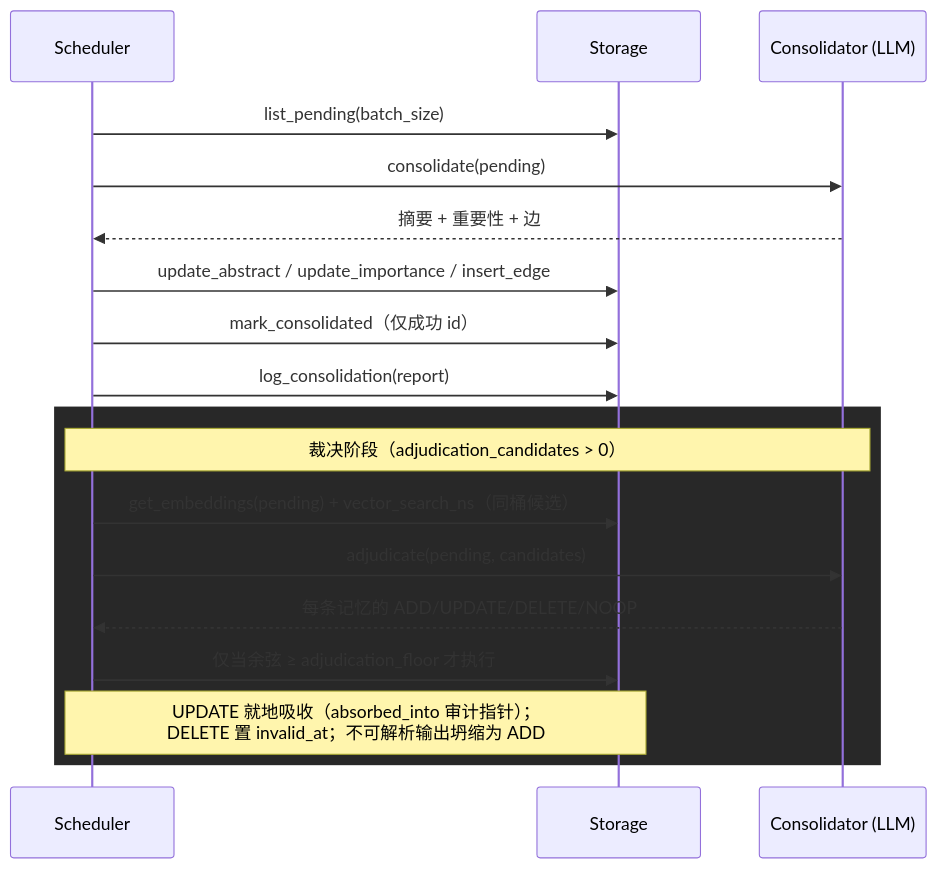
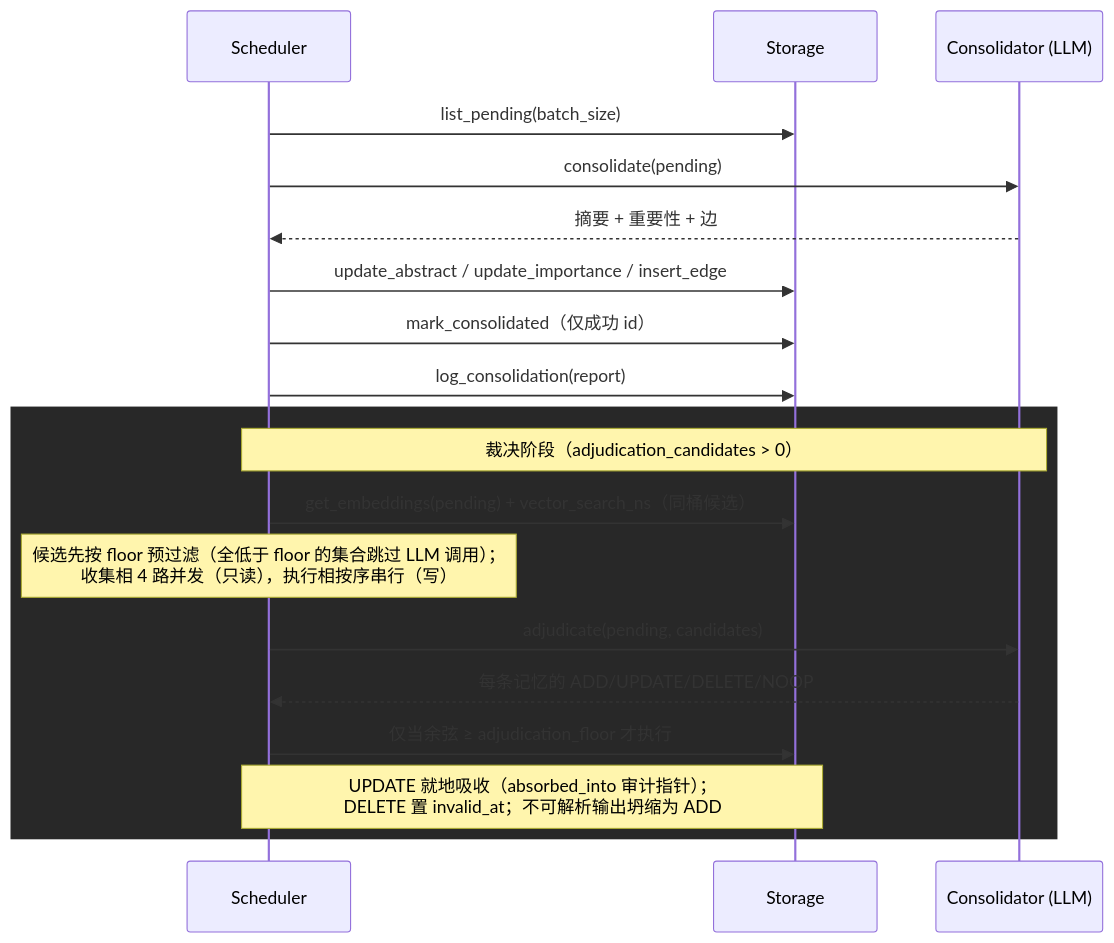
Before and after one commit to TtTRz/MerkurDB: the fourth of 4 diagrams in docs/ARCHITECTURE_CN.md, drawn with Mermaid. The commit also changed other lines of this file and 5 other files, not shown here.

First line of the commit message:
docs: governance log fields, graph namespace param, architecture deep-mode semantics

````diff
--- a/docs/ARCHITECTURE_CN.md
+++ b/docs/ARCHITECTURE_CN.md
@@ -135,21 +135,22 @@
 ```mermaid
 sequenceDiagram
     participant S as Scheduler
     participant D as Storage
     participant L as Consolidator (LLM)
 
     S->>D: list_pending(batch_size)
     S->>L: consolidate(pending)
     L-->>S: 摘要 + 重要性 + 边
     S->>D: update_abstract / update_importance / insert_edge
     S->>D: mark_consolidated（仅成功 id）
     S->>D: log_consolidation(report)
     rect rgb(40, 40, 40)
         Note over S,L: 裁决阶段（adjudication_candidates > 0）
         S->>D: get_embeddings(pending) + vector_search_ns（同桶候选）
+        Note over S: 候选先按 floor 预过滤（全低于 floor 的集合跳过 LLM 调用）；<br/>收集相 4 路并发（只读），执行相按序串行（写）
         S->>L: adjudicate(pending, candidates)
         L-->>S: 每条记忆的 ADD/UPDATE/DELETE/NOOP
         S->>D: 仅当余弦 ≥ adjudication_floor 才执行
         Note over S,D: UPDATE 就地吸收（absorbed_into 审计指针）；<br/>DELETE 置 invalid_at；不可解析输出坍缩为 ADD
     end
 ```
````
